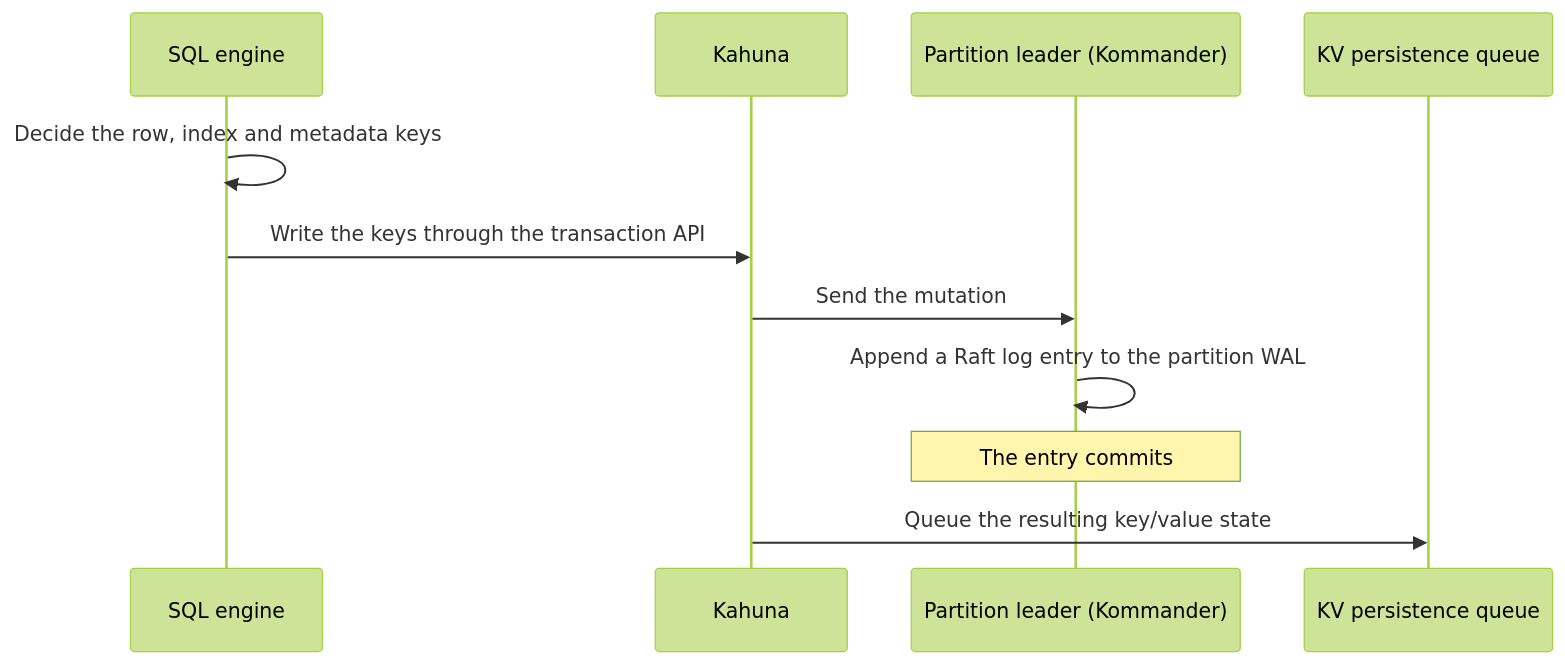
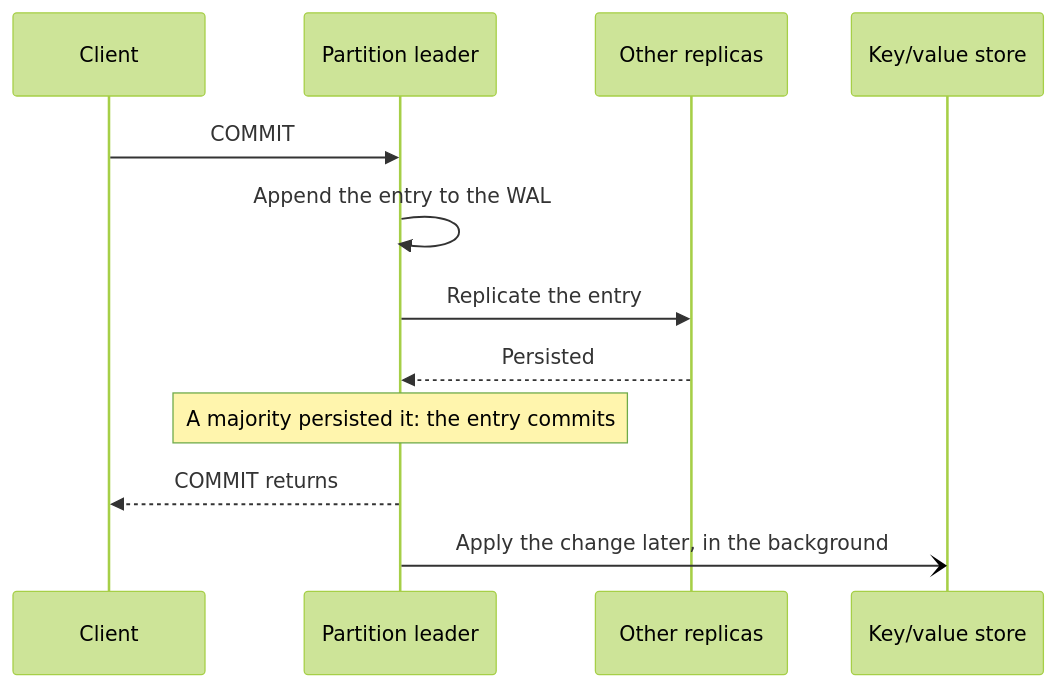
Before and after one commit to camusdb/camusdb.github.io: the first of 2 diagrams in docs/wal-recovery.md, drawn with Mermaid (forest theme). The commit also changed other lines of this file and 216 other files, not shown here.

````diff
--- a/docs/wal-recovery.md
+++ b/docs/wal-recovery.md
@@ -67,13 +52,14 @@
 ```mermaid
 sequenceDiagram
-    participant S as SQL engine
-    participant K as Kahuna
-    participant L as Partition leader (Kommander)
-    participant Q as KV persistence queue
-    S->>S: Decide the row, index and metadata keys
-    S->>K: Write the keys through the transaction API
-    K->>L: Send the mutation
-    L->>L: Append a Raft log entry to the partition WAL
-    Note over L: The entry commits
-    K->>Q: Queue the resulting key/value state
+    participant C as Client
+    participant L as Partition leader
+    participant R as Other replicas
+    participant K as Key/value store
+    C->>L: COMMIT
+    L->>L: Append the entry to the WAL
+    L->>R: Replicate the entry
+    R-->>L: Persisted
+    Note over L: A majority persisted it: the entry commits
+    L-->>C: COMMIT returns
+    L-)K: Apply the change later, in the background
 ```
````
